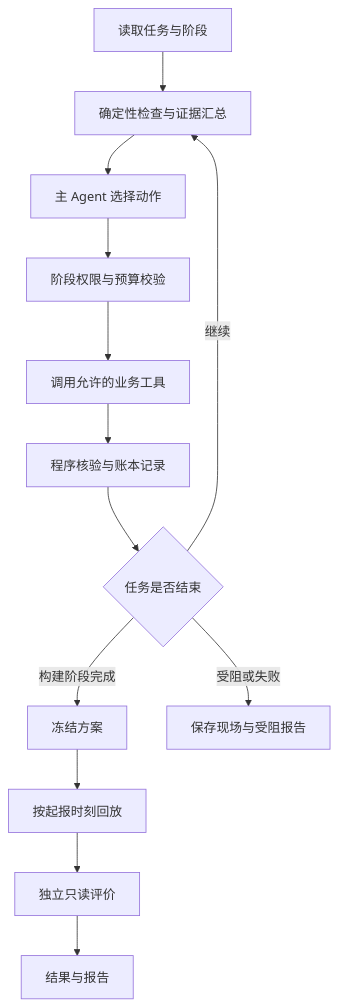
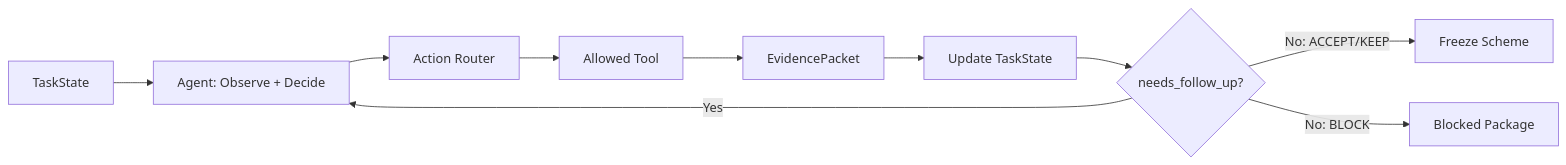
The diagram in docs/课题完整方案.md (Inupedia/hydro-agent), drawn with Mermaid before and after one commit. The commit also changed other lines of this file, not shown here.

Commit message:
docs: redesign proposal around Codex-style evidence feedback loop

````diff
--- a/docs/课题完整方案.md
+++ b/docs/课题完整方案.md
@@ -470,15 +278,12 @@
 ```mermaid
-flowchart TD
-    T[读取任务与阶段] --> C[确定性检查与证据汇总]
-    C --> D[主 Agent 选择动作]
-    D --> G[阶段权限与预算校验]
-    G --> X[调用允许的业务工具]
-    X --> V[程序核验与账本记录]
-    V --> Q{任务是否结束}
-    Q -->|继续| C
-    Q -->|构建阶段完成| S[冻结方案]
-    S --> F[按起报时刻回放]
-    F --> E[独立只读评价]
-    Q -->|受阻或失败| R[保存现场与受阻报告]
-    E --> O[结果与报告]
+flowchart LR
+    T[TaskState] --> A[Agent: Observe + Decide]
+    A --> R[Action Router]
+    R --> X[Allowed Tool]
+    X --> E[EvidencePacket]
+    E --> U[Update TaskState]
+    U --> Q{needs_follow_up?}
+    Q -->|Yes| A
+    Q -->|No: ACCEPT/KEEP| F[Freeze Scheme]
+    Q -->|No: BLOCK| B[Blocked Package]
 ```
````
